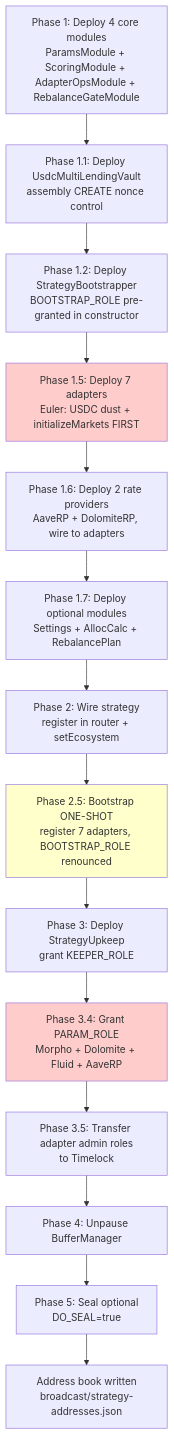
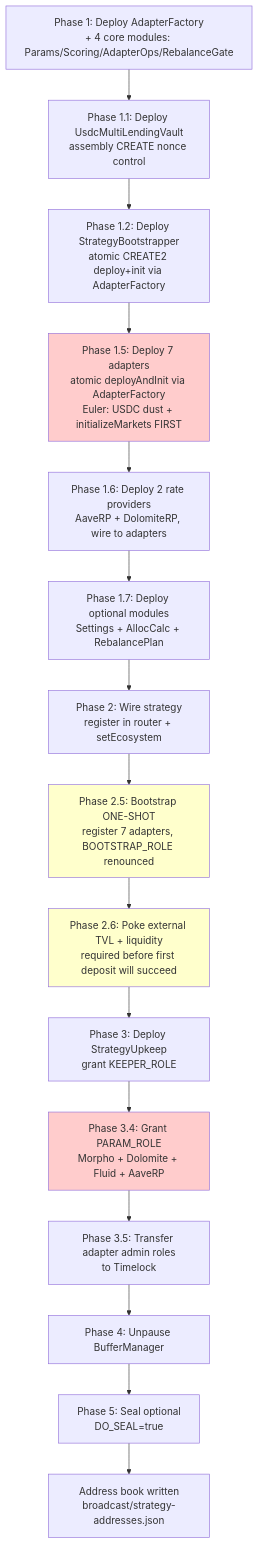
The diagram in docs/deployment.md (Multyr/multyr-strategies), drawn with Mermaid before and after one commit. The commit also changed other lines of this file and 5 other files, not shown here.

````diff
--- a/docs/deployment.md
+++ b/docs/deployment.md
@@ -112,21 +121,23 @@
 ```mermaid
 graph TD
-    A[Phase 1: Deploy 4 core modules<br/>ParamsModule + ScoringModule + AdapterOpsModule + RebalanceGateModule] --> B
+    A[Phase 1: Deploy AdapterFactory<br/>+ 4 core modules: Params/Scoring/AdapterOps/RebalanceGate] --> B
     B[Phase 1.1: Deploy UsdcMultiLendingVault<br/>assembly CREATE nonce control] --> C
-    C[Phase 1.2: Deploy StrategyBootstrapper<br/>BOOTSTRAP_ROLE pre-granted in constructor] --> D
-    D[Phase 1.5: Deploy 7 adapters<br/>Euler: USDC dust + initializeMarkets FIRST] --> E
+    C[Phase 1.2: Deploy StrategyBootstrapper<br/>atomic CREATE2 deploy+init via AdapterFactory] --> D
+    D[Phase 1.5: Deploy 7 adapters<br/>atomic deployAndInit via AdapterFactory<br/>Euler: USDC dust + initializeMarkets FIRST] --> E
     E[Phase 1.6: Deploy 2 rate providers<br/>AaveRP + DolomiteRP, wire to adapters] --> F
     F[Phase 1.7: Deploy optional modules<br/>Settings + AllocCalc + RebalancePlan] --> G
     G[Phase 2: Wire strategy<br/>register in router + setEcosystem] --> H
-    H[Phase 2.5: Bootstrap ONE-SHOT<br/>register 7 adapters, BOOTSTRAP_ROLE renounced] --> I
+    H[Phase 2.5: Bootstrap ONE-SHOT<br/>register 7 adapters, BOOTSTRAP_ROLE renounced] --> H2
+    H2[Phase 2.6: Poke external TVL + liquidity<br/>required before first deposit will succeed] --> I
     I[Phase 3: Deploy StrategyUpkeep<br/>grant KEEPER_ROLE] --> J
     J[Phase 3.4: Grant PARAM_ROLE<br/>Morpho + Dolomite + Fluid + AaveRP] --> K
     K[Phase 3.5: Transfer adapter admin roles<br/>to Timelock] --> L
     L[Phase 4: Unpause BufferManager] --> M
     M[Phase 5: Seal optional<br/>DO_SEAL=true] --> N
     N[Address book written<br/>broadcast/strategy-addresses.json]
 
     style D fill:#ffcccc
     style J fill:#ffcccc
     style H fill:#ffffcc
+    style H2 fill:#ffffcc
 ```
````
